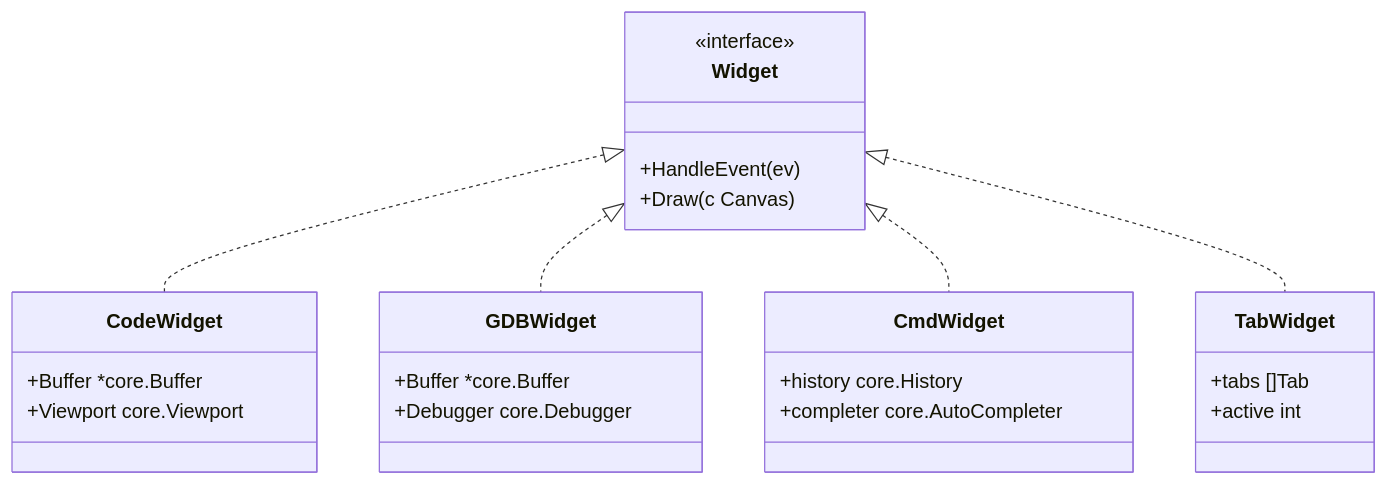
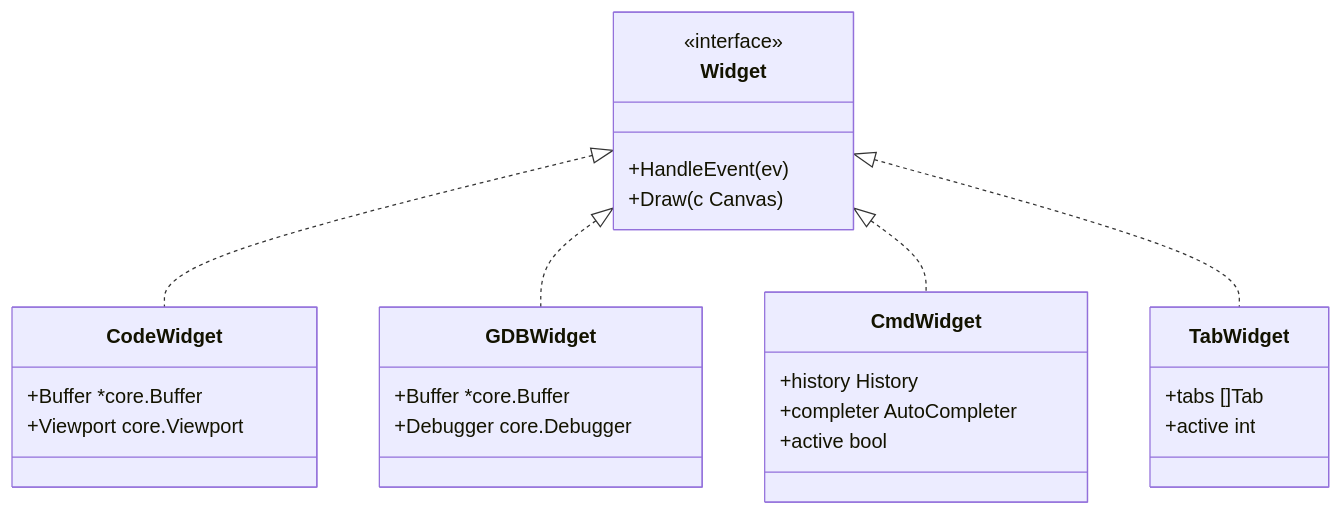
One commit to yairgd/gdbforge changed the first of 7 diagrams in docs/UI_ARCHITECTURE.md. Above: the diagram before and after it, drawn with Mermaid. The commit also changed other lines of this file and 18 other files, not shown here.

````diff
--- a/docs/UI_ARCHITECTURE.md
+++ b/docs/UI_ARCHITECTURE.md
@@ -50,35 +51,36 @@
 ```mermaid
 classDiagram
     direction TB
 
     class Widget {
         <<interface>>
         +HandleEvent(ev)
         +Draw(c Canvas)
     }
 
     class CodeWidget {
         +Buffer *core.Buffer
         +Viewport core.Viewport
     }
 
     class GDBWidget {
         +Buffer *core.Buffer
         +Debugger core.Debugger
     }
 
     class CmdWidget {
-        +history core.History
-        +completer core.AutoCompleter
+        +history History
+        +completer AutoCompleter
+        +active bool
     }
 
     class TabWidget {
         +tabs []Tab
         +active int
     }
 
     Widget <|.. CodeWidget
     Widget <|.. GDBWidget
     Widget <|.. CmdWidget
     Widget <|.. TabWidget
 ```
````
